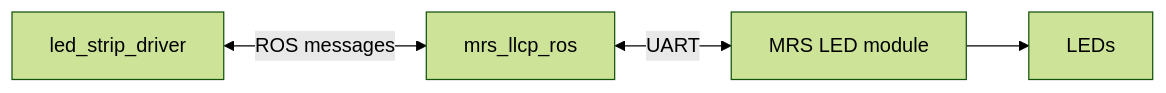
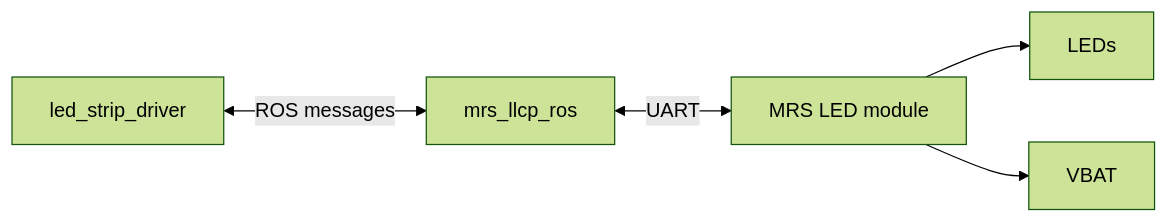
Before and after one commit to ctu-mrs/mrs_module_led_strip_driver: the diagram in README.md, drawn with Mermaid (forest theme).

````diff
--- a/README.md
+++ b/README.md
@@ -6,5 +6,7 @@
 ```mermaid
 flowchart LR
 A[led_strip_driver] <-->|ROS messages| B[mrs_llcp_ros]
-B <-->|UART| C[MRS LED module]-->D[LEDs]
+B <-->|UART| C[MRS LED module]
+C-->D[LEDs]
+C-->E[VBAT]
 ```
````
